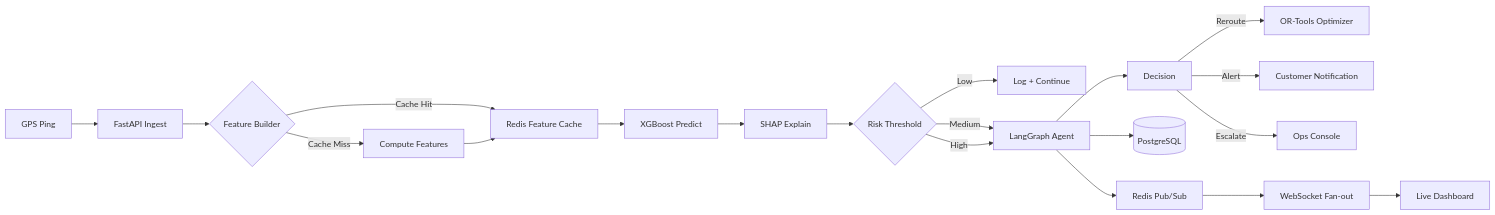
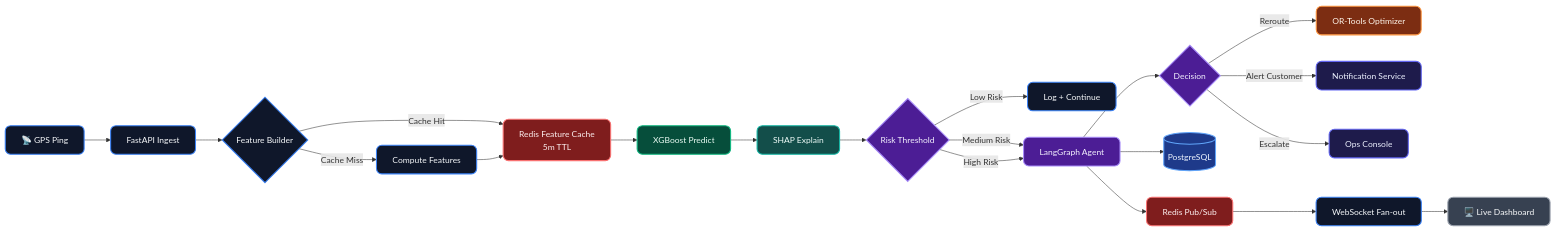
The second of 8 diagrams in README.md (VIVEK-MARRI/IntelliLog-AI), drawn with Mermaid before and after one commit. The commit also changed other lines of this file and 46 other files, not shown here.

Commit message:
docs: publish project documentation suite with premium architecture diagrams

````diff
--- a/README.md
+++ b/README.md
@@ -204,22 +221,33 @@
 ```mermaid
 flowchart LR
-  A[GPS Ping] --> B[FastAPI Ingest]
-  B --> C{Feature Builder}
-  C -->|Cache Hit| D[Redis Feature Cache]
-  C -->|Cache Miss| E[Compute Features]
-  E --> D
-  D --> F[XGBoost Predict]
-  F --> G[SHAP Explain]
-  G --> H{Risk Threshold}
-  H -->|Low| I[Log + Continue]
-  H -->|Medium| J[LangGraph Agent]
-  H -->|High| J
-  J --> K[Decision]
-  K -->|Reroute| L[OR-Tools Optimizer]
-  K -->|Alert| M[Customer Notification]
-  K -->|Escalate| N[Ops Console]
-  J --> O[(PostgreSQL)]
-  J --> P[Redis Pub/Sub]
-  P --> Q[WebSocket Fan-out]
-  Q --> R[Live Dashboard]
+    %% Premium Pipeline Styling
+    classDef ingest fill:#0F172A,stroke:#3B82F6,stroke-width:2px,color:#F8FAFC,rx:10,ry:10
+    classDef cache fill:#7F1D1D,stroke:#F87171,stroke-width:2px,color:#FEF2F2,rx:10,ry:10
+    classDef ml fill:#064E3B,stroke:#10B981,stroke-width:2px,color:#ECFDF5,rx:10,ry:10
+    classDef xai fill:#134E4A,stroke:#14B8A6,stroke-width:2px,color:#F0FDFA,rx:10,ry:10
+    classDef decision fill:#4C1D95,stroke:#A78BFA,stroke-width:2px,color:#F5F3FF,rx:10,ry:10
+    classDef opt fill:#7C2D12,stroke:#FB923C,stroke-width:2px,color:#FFF7ED,rx:10,ry:10
+    classDef action fill:#1E1B4B,stroke:#6366F1,stroke-width:2px,color:#EEF2FF,rx:10,ry:10
+    classDef db fill:#1E3A8A,stroke:#60A5FA,stroke-width:2px,color:#EFF6FF,rx:10,ry:10
+    classDef ui fill:#374151,stroke:#9CA3AF,stroke-width:2px,color:#F9FAFB,rx:10,ry:10
+
+    A["📡 GPS Ping"]:::ingest --> B["FastAPI Ingest"]:::ingest
+    B --> C{"Feature Builder"}:::ingest
+    C -->|Cache Hit| D["Redis Feature Cache<br/>5m TTL"]:::cache
+    C -->|Cache Miss| E["Compute Features"]:::ingest
+    E --> D
+    D --> F["XGBoost Predict"]:::ml
+    F --> G["SHAP Explain"]:::xai
+    G --> H{"Risk Threshold"}:::decision
+    H -->|Low Risk| I["Log + Continue"]:::ingest
+    H -->|Medium Risk| J["LangGraph Agent"]:::decision
+    H -->|High Risk| J
+    J --> K{"Decision"}:::decision
+    K -->|Reroute| L["OR-Tools Optimizer"]:::opt
+    K -->|Alert Customer| M["Notification Service"]:::action
+    K -->|Escalate| N["Ops Console"]:::action
+    J --> O[("PostgreSQL")]:::db
+    J --> P["Redis Pub/Sub"]:::cache
+    P --> Q["WebSocket Fan-out"]:::ingest
+    Q --> R["🖥️ Live Dashboard"]:::ui
 ```
````
